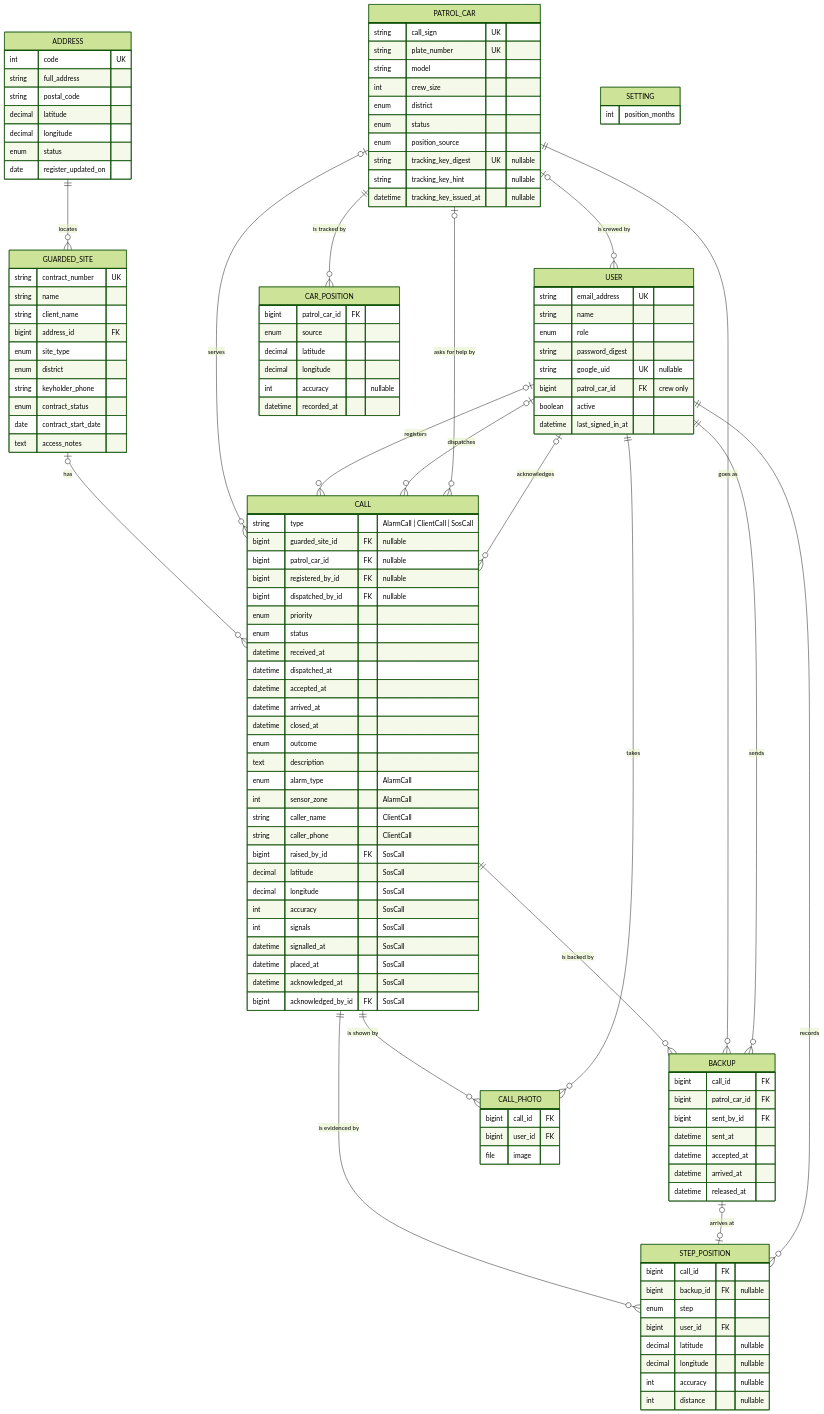
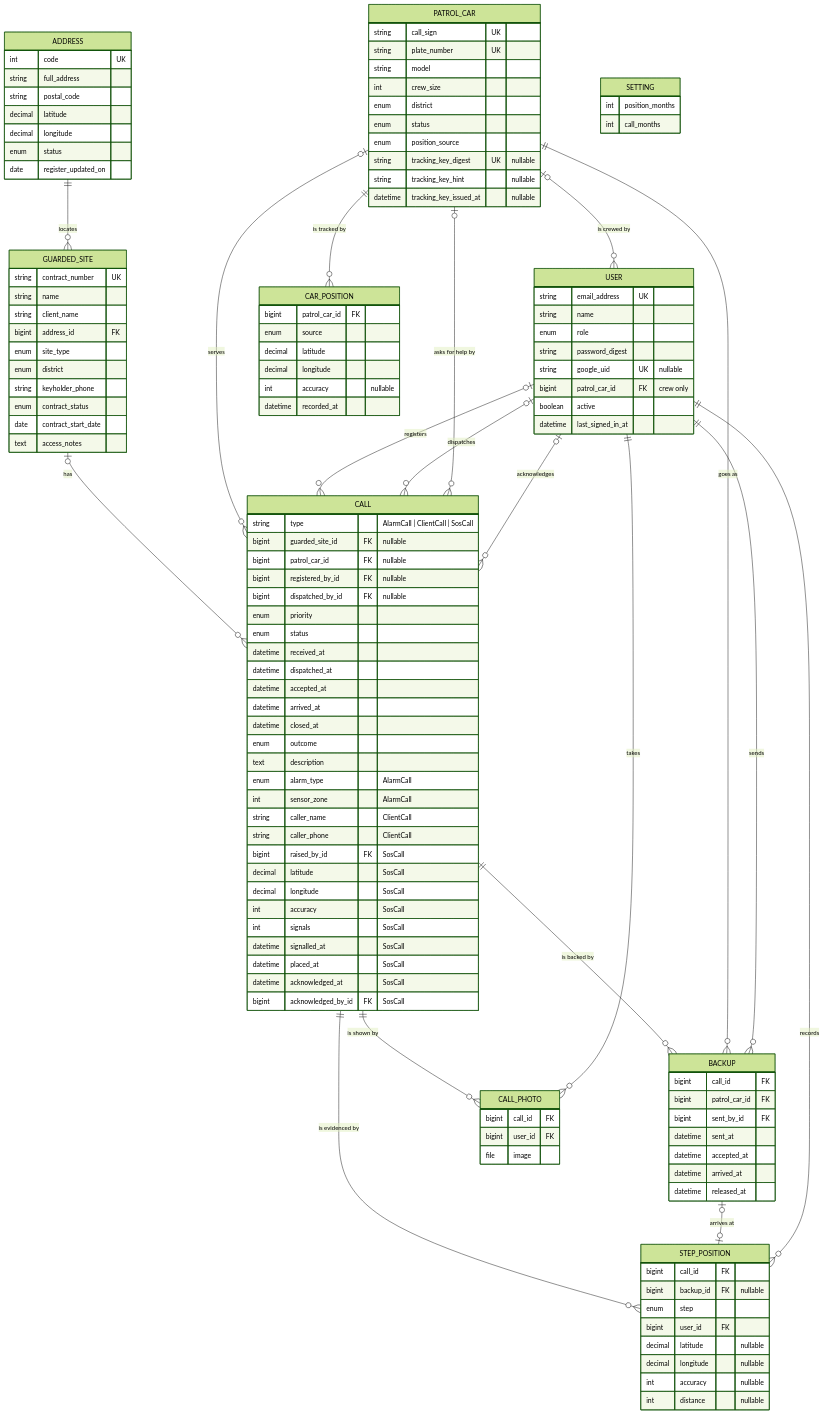
One commit to jromanovs/patrol-call-system changed the first of 2 diagrams in SPECIFICATION.md. Above: the diagram before and after it, drawn with Mermaid (forest theme). The commit also changed other lines of this file, not shown here.

```diff
--- a/SPECIFICATION.md
+++ b/SPECIFICATION.md
@@ -313,6 +314,7 @@
     }
     SETTING {
         int position_months
+        int call_months
     }
     USER {
         string email_address UK
```
